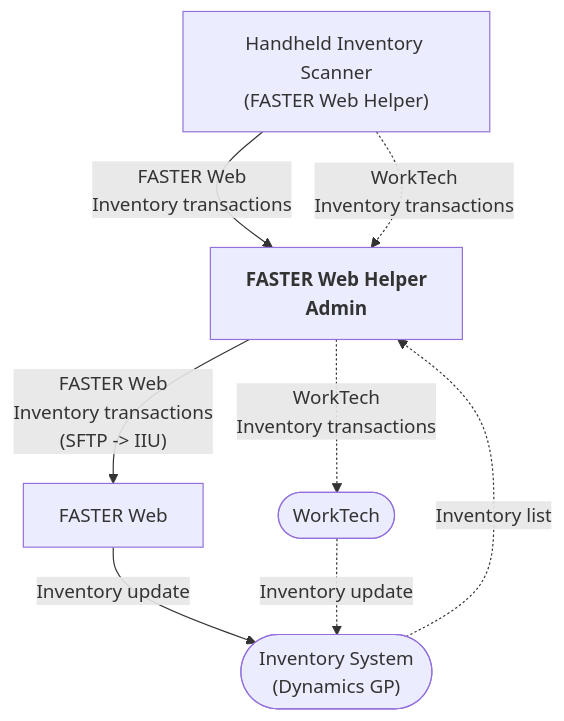
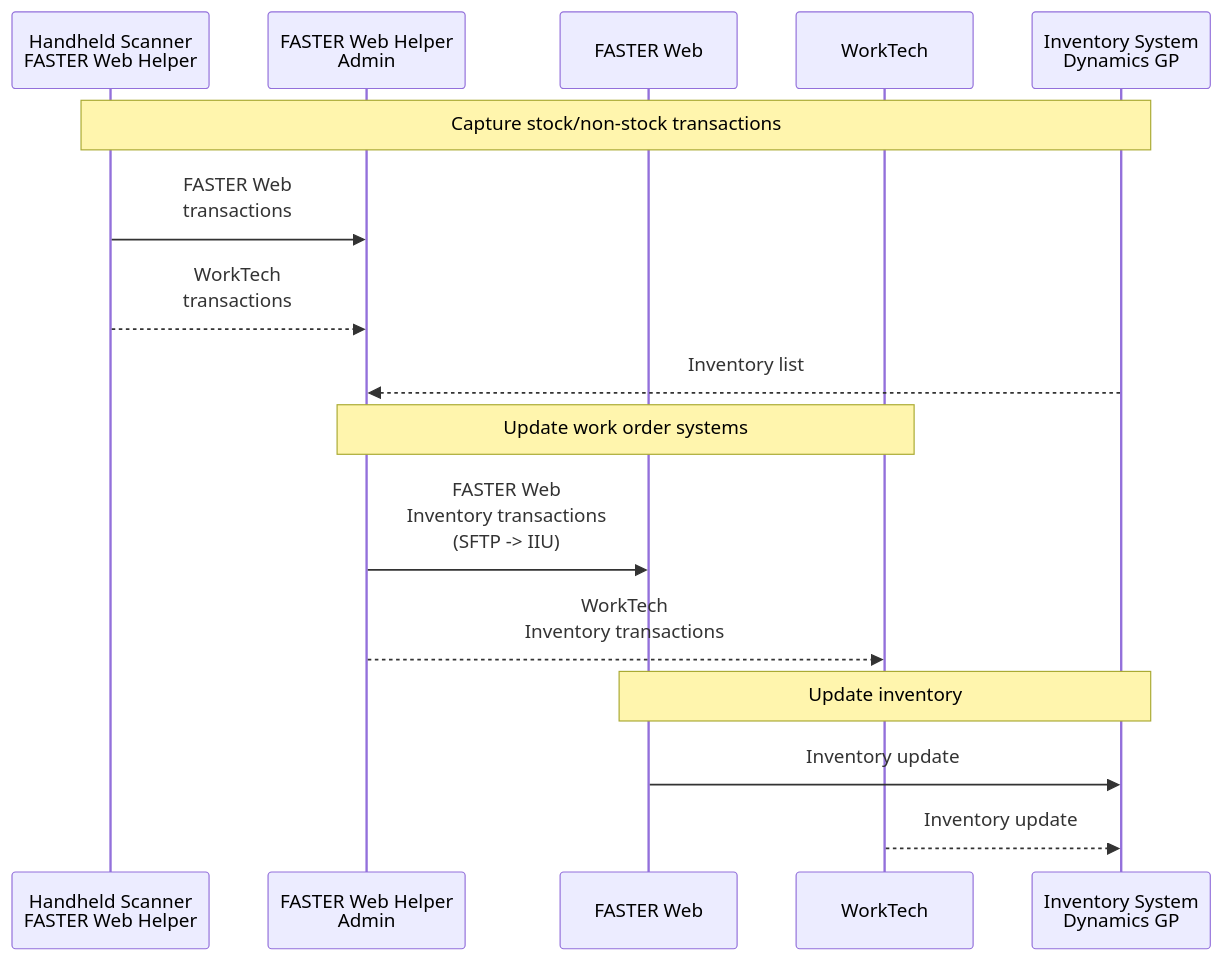
One commit to cityssm/faster-web-helper changed the diagram in modules/inventoryScanner/README.md. Above: the diagram before and after it, drawn with Mermaid.

Commit message:
update flow diagram

````diff
--- a/modules/inventoryScanner/README.md
+++ b/modules/inventoryScanner/README.md
@@ -29,19 +29,21 @@
 ```mermaid
-flowchart
-    scanner["Handheld Inventory Scanner<br />(FASTER Web Helper)"]
-    helper["`**FASTER Web Helper<br />Admin**`"]
-    inventory(["Inventory System<br />(Dynamics GP)"])
-    faster["FASTER Web"]
-    worktech([WorkTech])
+sequenceDiagram
+    participant scanner as Handheld Scanner<br />FASTER Web Helper
+    participant helper as FASTER Web Helper<br />Admin
+    participant faster as FASTER Web
+    participant worktech as WorkTech
+    participant inventory as Inventory System<br />Dynamics GP
 
-    scanner-->|FASTER Web<br />Inventory transactions|helper
-    scanner-.->|WorkTech<br />Inventory transactions|helper
+    note over scanner,inventory: Capture stock/non-stock transactions
+    scanner->>helper: FASTER Web<br />transactions
+    scanner-->>helper: WorkTech<br />transactions
+    inventory-->>helper: Inventory list
 
-    inventory-.->|Inventory list|helper
+    note over helper,worktech: Update work order systems
+    helper->>faster: FASTER Web<br />Inventory transactions<br />(SFTP -> IIU)
+    helper-->>worktech: WorkTech<br />Inventory transactions
 
-    helper-->|"FASTER Web<br />Inventory transactions<br />(SFTP -> IIU)"|faster
-    helper-.->|WorkTech<br />Inventory transactions|worktech
-
-    faster-->|Inventory update|inventory
-    worktech-.->|Inventory update|inventory
+    note over faster,inventory: Update inventory
+    faster->>inventory: Inventory update
+    worktech-->>inventory: Inventory update
 ```
````
